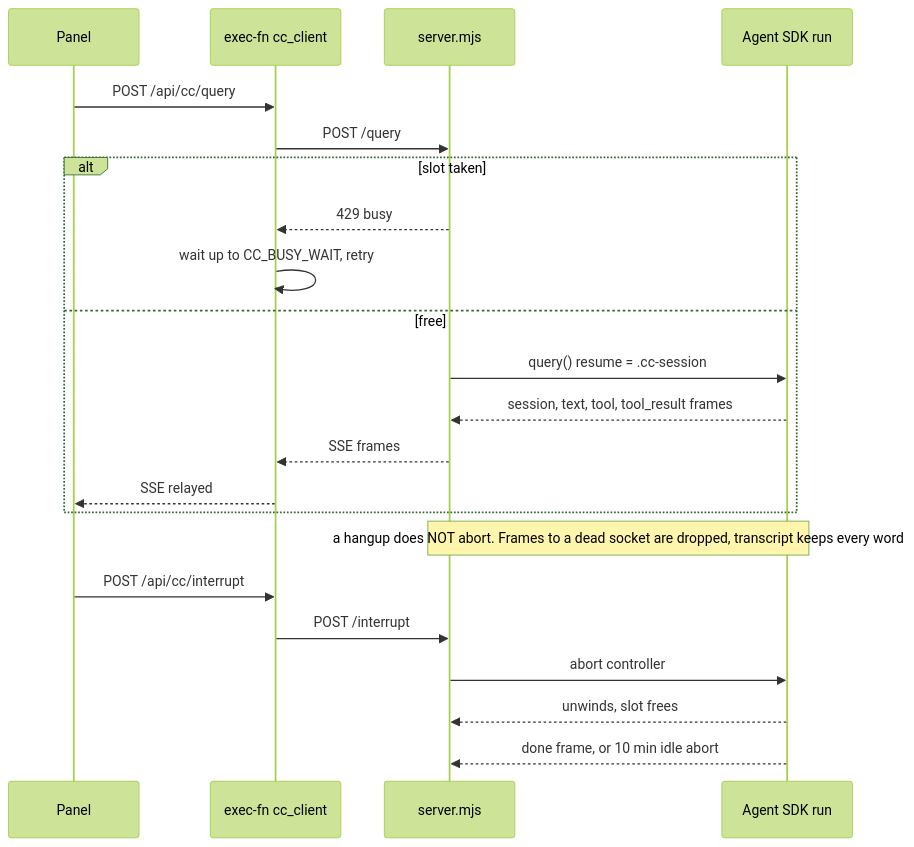
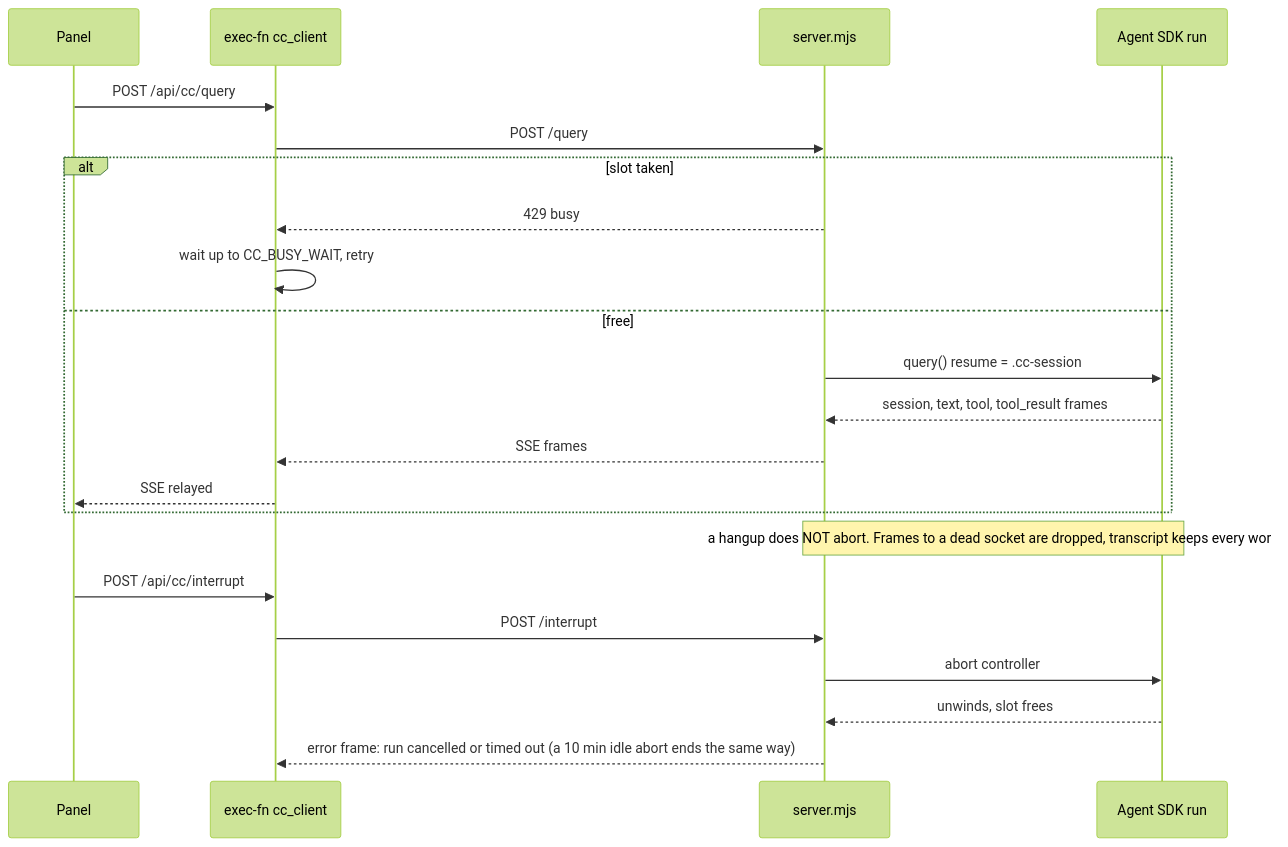
Before and after one commit to wai-lau/cc-sidecar: the diagram in docs/arch/lifecycle.mmd, drawn with Mermaid (forest theme). The commit also changed 10 other files, not shown here.

```diff
--- a/docs/arch/lifecycle.mmd
+++ b/docs/arch/lifecycle.mmd
@@ -1,22 +1,22 @@
 sequenceDiagram
     participant P as Panel
     participant A as exec-fn cc_client
     participant S as server.mjs
     participant K as Agent SDK run
     P->>A: POST /api/cc/query
     A->>S: POST /query
     alt slot taken
         S-->>A: 429 busy
         A->>A: wait up to CC_BUSY_WAIT, retry
     else free
         S->>K: query() resume = .cc-session
         K-->>S: session, text, tool, tool_result frames
         S-->>A: SSE frames
         A-->>P: SSE relayed
     end
     Note over S,K: a hangup does NOT abort. Frames to a dead socket are dropped, transcript keeps every word
     P->>A: POST /api/cc/interrupt
     A->>S: POST /interrupt
     S->>K: abort controller
     K-->>S: unwinds, slot frees
-    K-->>S: done frame, or 10 min idle abort
+    S-->>A: error frame: run cancelled or timed out (a 10 min idle abort ends the same way)
```
